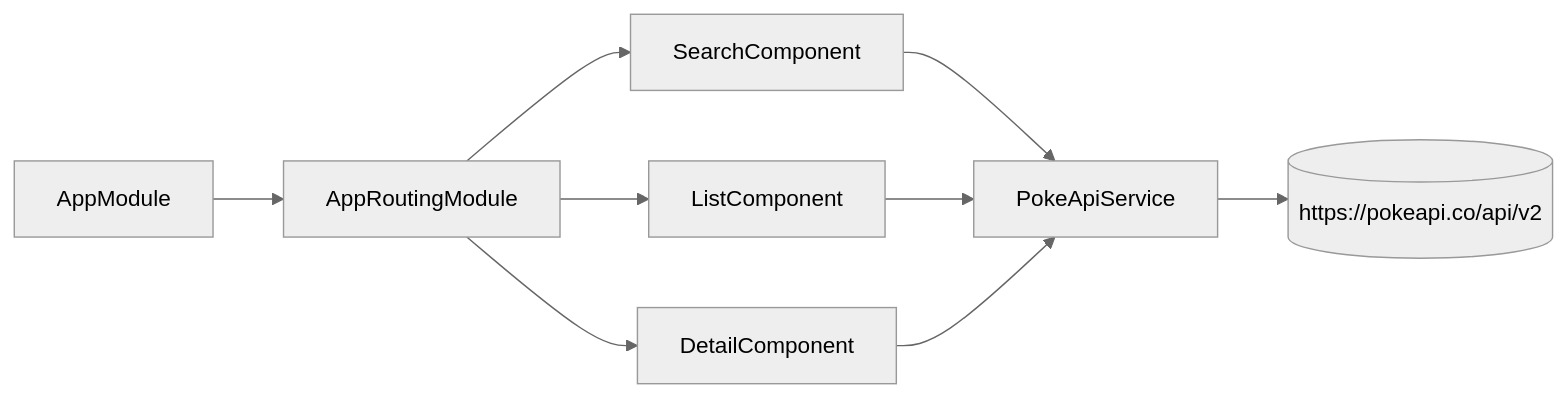
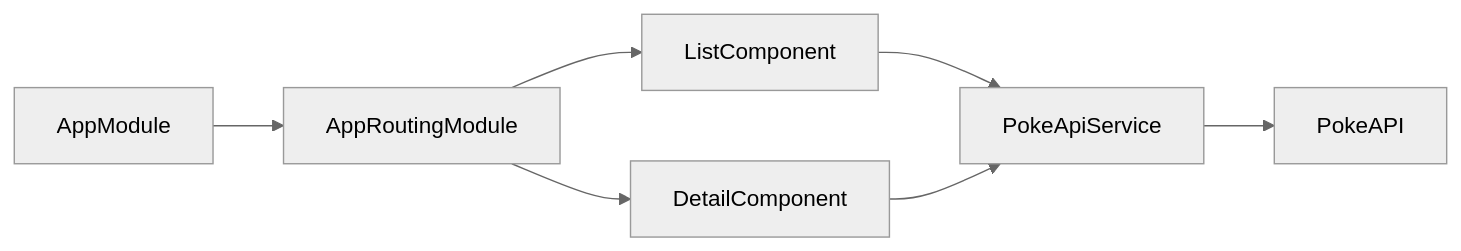
One commit to AzrySimplon/pokedex changed the first of 4 diagrams in TECHNICAL.md. Above: the diagram before and after it, drawn with Mermaid (neutral theme). The commit also changed other lines of this file and 1 other file, not shown here.

````diff
--- a/TECHNICAL.md
+++ b/TECHNICAL.md
@@ -7,11 +7,9 @@
 ```mermaid
 flowchart LR
   AppModule --> AppRoutingModule
-  AppRoutingModule --> SearchComponent
   AppRoutingModule --> ListComponent
   AppRoutingModule --> DetailComponent
-  SearchComponent --> PokeApiService
   ListComponent --> PokeApiService
   DetailComponent --> PokeApiService
-  PokeApiService --> PokeAPI[(https://pokeapi.co/api/v2)]
+  PokeApiService --> PokeAPI
 ```
````
